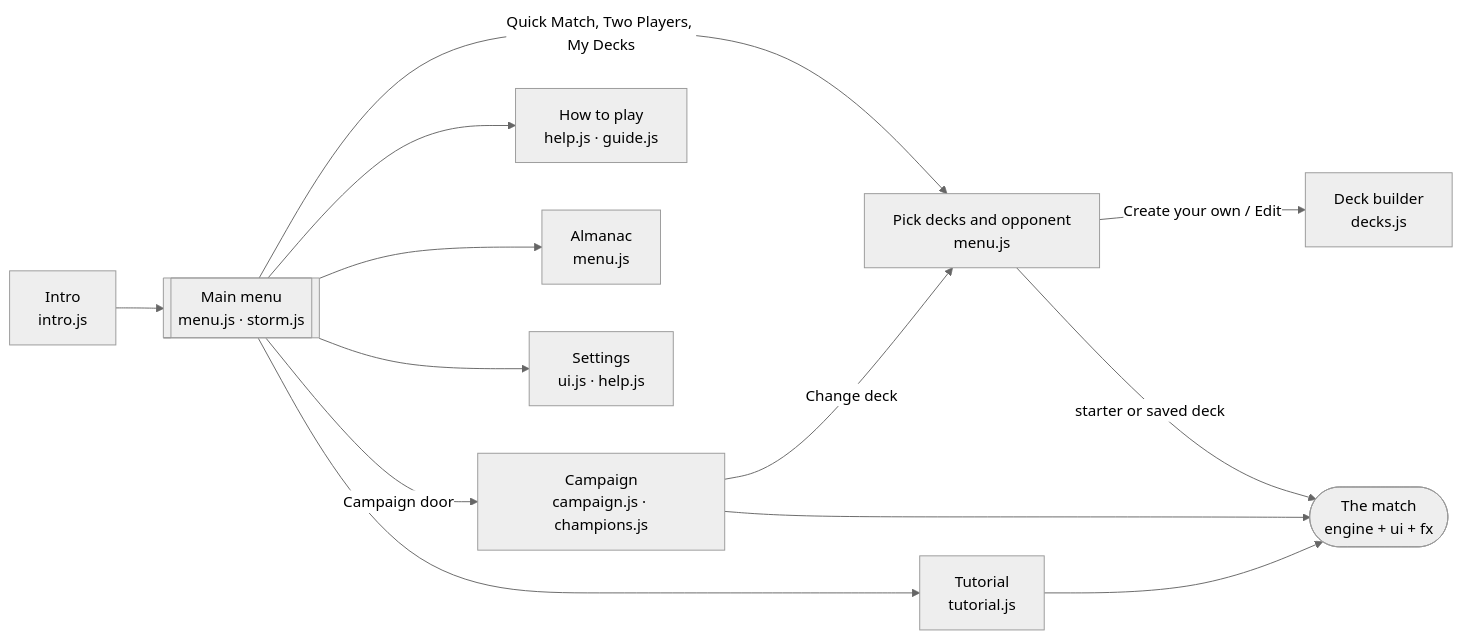
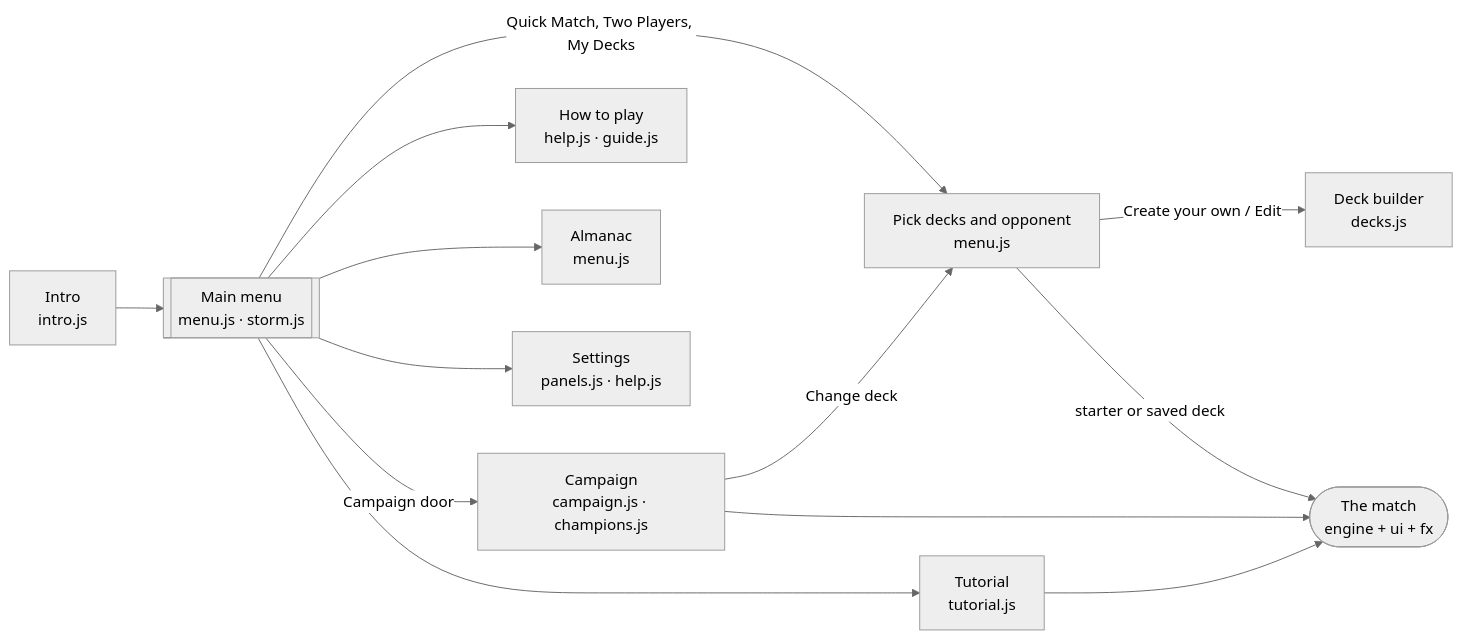
The third of 3 diagrams in docs/code-map.md (dmolloy98-stack-stack/Shardfall_TCG), drawn with Mermaid (neutral theme) before and after one commit. The commit also changed other lines of this file and 30 other files, not shown here.

````diff
--- a/docs/code-map.md
+++ b/docs/code-map.md
@@ -95,13 +95,13 @@
 ```mermaid
 flowchart LR
   intro["Intro<br/>intro.js"] --> menu[["Main menu<br/>menu.js · storm.js"]]
   menu -->|Quick Match, Two Players, My Decks| pick["Pick decks and opponent<br/>menu.js"]
   pick -->|Create your own / Edit| builder["Deck builder<br/>decks.js"]
   pick -->|starter or saved deck| match(["The match<br/>engine + ui + fx"])
   menu -->|Campaign door| campaign["Campaign<br/>campaign.js · champions.js"] --> match
   campaign -->|Change deck| pick
   menu --> tutorial["Tutorial<br/>tutorial.js"] --> match
   menu --> guide["How to play<br/>help.js · guide.js"]
   menu --> almanac["Almanac<br/>menu.js"]
-  menu --> settings["Settings<br/>ui.js · help.js"]
+  menu --> settings["Settings<br/>panels.js · help.js"]
 ```
````
